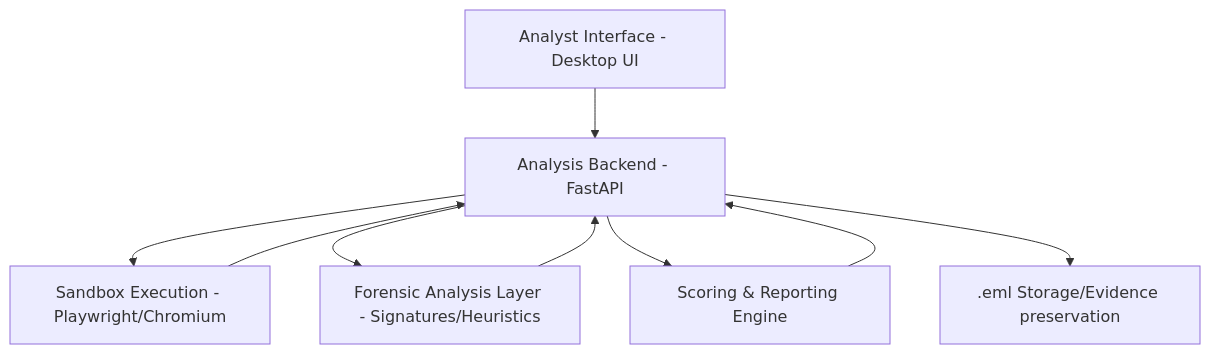
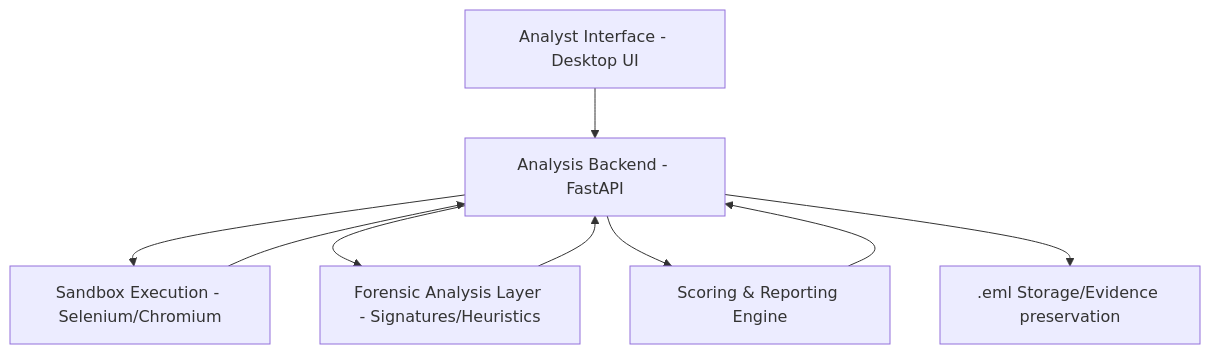
The diagram in docs/DESIGN.md (DHARANI2D/DESAS), drawn with Mermaid before and after one commit. The commit also changed other lines of this file and 6 other files, not shown here.

First line of the commit message:
Fix docs to match actual sandbox implementation (Selenium, not Playwright)

````diff
--- a/docs/DESIGN.md
+++ b/docs/DESIGN.md
@@ -9,11 +9,11 @@
 ```mermaid
 graph TD
     A[Analyst Interface - Desktop UI] --> B[Analysis Backend - FastAPI]
-    B --> C[Sandbox Execution - Playwright/Chromium]
+    B --> C[Sandbox Execution - Selenium/Chromium]
     B --> D[Forensic Analysis Layer - Signatures/Heuristics]
     B --> E[Scoring & Reporting Engine]
     C --> B
     D --> B
     E --> B
     B --> F[.eml Storage/Evidence preservation]
 ```
````
